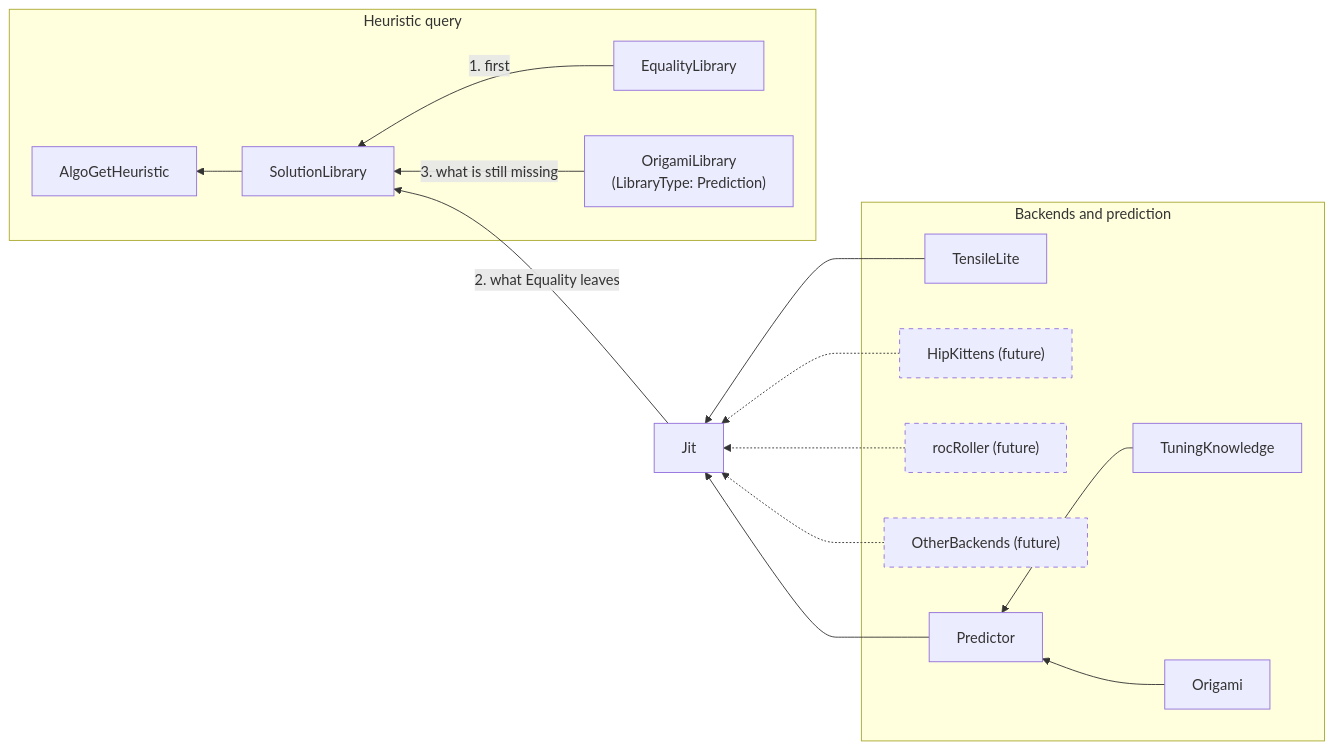
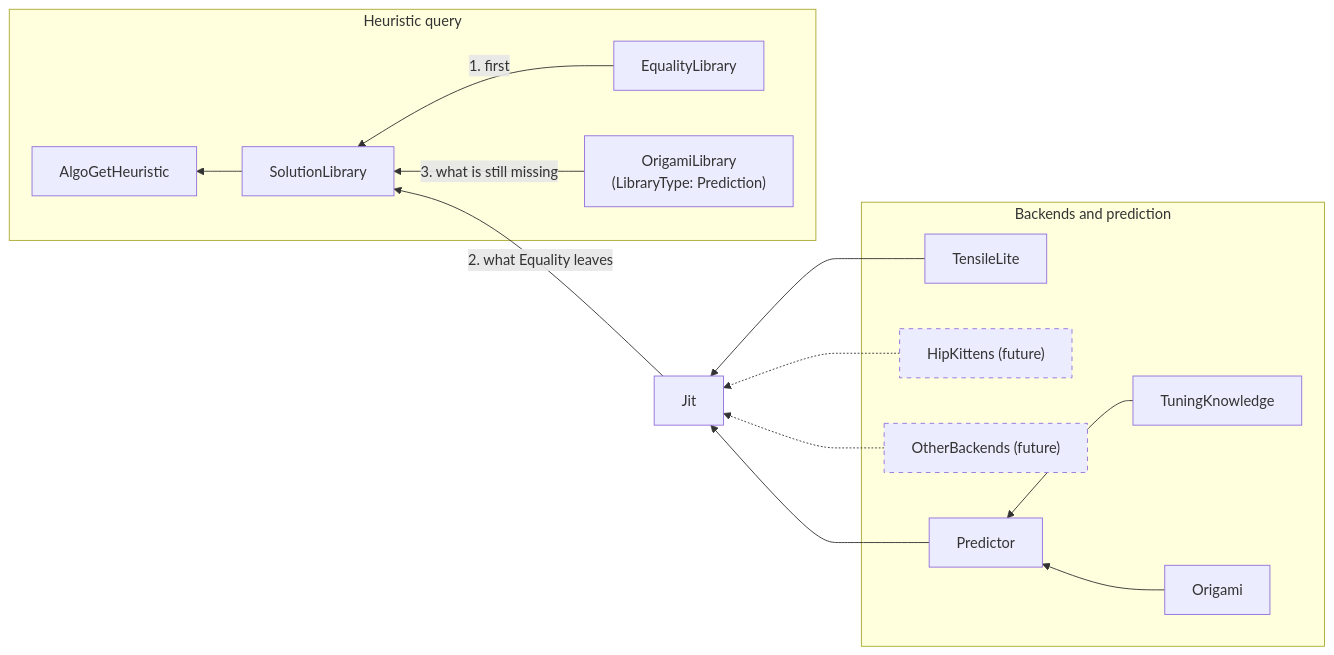
One commit to ROCm/rocm-libraries changed the diagram in projects/hipblaslt/JIT.md. Above: the diagram before and after it, drawn with Mermaid. The commit also changed other lines of this file and 3 other files, not shown here.

First line of the commit message:
docs(hipblaslt): drop rocRoller as a future JIT backend

````diff
--- a/projects/hipblaslt/JIT.md
+++ b/projects/hipblaslt/JIT.md
@@ -527,36 +527,34 @@
 ```mermaid
 flowchart RL
     subgraph heuristic["Heuristic query"]
         AlgoGetHeuristic["AlgoGetHeuristic"]
         SolutionLibrary["SolutionLibrary"]
         EqualityLibrary["EqualityLibrary"]
         OrigamiLibrary["OrigamiLibrary<br/>(LibraryType: Prediction)"]
     end
 
     Jit["Jit"]
 
     subgraph generation["Backends and prediction"]
         TensileLite["TensileLite"]
         HipKittens["HipKittens (future)"]
-        rocRoller["rocRoller (future)"]
         OtherBackends["OtherBackends (future)"]
         Predictor["Predictor"]
         TuningKnowledge["TuningKnowledge"]
         Origami["Origami"]
     end
 
     EqualityLibrary -- "1. first" --> SolutionLibrary
     Jit -- "2. what Equality leaves" --> SolutionLibrary
     OrigamiLibrary -- "3. what is still missing" --> SolutionLibrary
     SolutionLibrary --> AlgoGetHeuristic
     TensileLite --> Jit
     HipKittens -.-> Jit
-    rocRoller -.-> Jit
     OtherBackends -.-> Jit
     Predictor --> Jit
     TuningKnowledge --> Predictor
     Origami --> Predictor
 
     classDef future stroke-dasharray: 5 5
-    class HipKittens,rocRoller,OtherBackends future
+    class HipKittens,OtherBackends future
 ```
````
